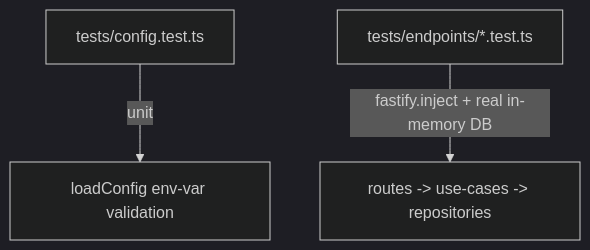
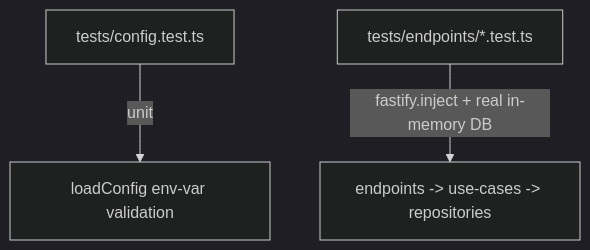
The diagram in api/STANDARDS.md (paulelian-tabarant/ripe), drawn with Mermaid (dark theme) before and after one commit. The commit also changed other lines of this file and 6 other files, not shown here.

First line of the commit message:
refactor(api): rename routes to endpoints in source and docs

````diff
--- a/api/STANDARDS.md
+++ b/api/STANDARDS.md
@@ -38,5 +38,5 @@
 ```mermaid
 flowchart TD
     A[tests/config.test.ts] -->|unit| B[loadConfig env-var validation]
-    C[tests/endpoints/*.test.ts] -->|fastify.inject + real in-memory DB| D[routes -> use-cases -> repositories]
+    C[tests/endpoints/*.test.ts] -->|fastify.inject + real in-memory DB| D[endpoints -> use-cases -> repositories]
 ```
````
